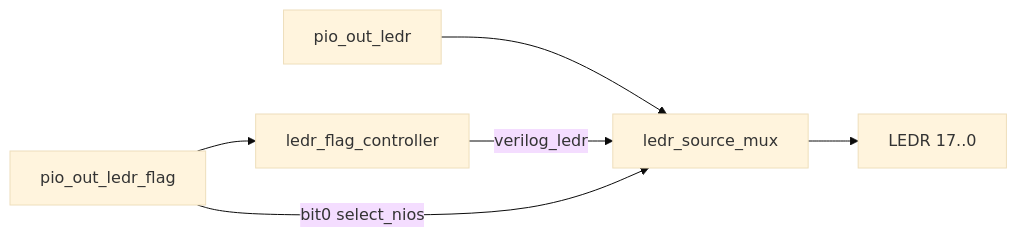
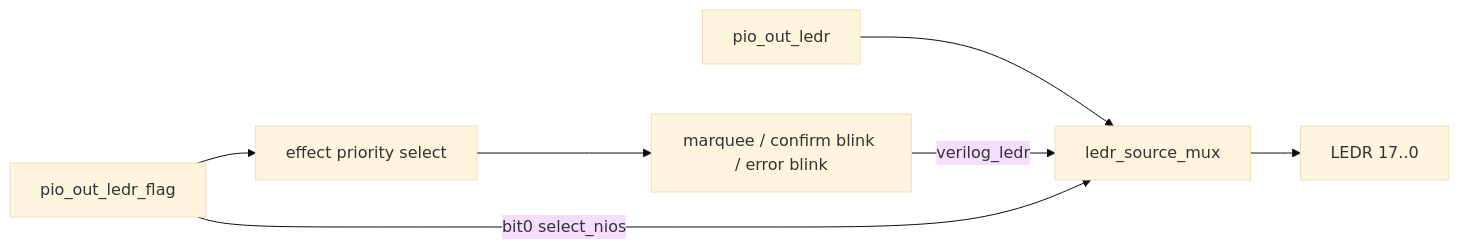
Before and after one commit to Dao-you/altera_nios_typewriter: the sixth of 13 diagrams in docs/hierarchy.md, drawn with Mermaid (base theme). The commit also changed other lines of this file, not shown here.

Commit message:
docs: use appropriate Mermaid diagram types

````diff
--- a/docs/hierarchy.md
+++ b/docs/hierarchy.md
@@ -156,8 +219,9 @@
 ```mermaid
 flowchart LR
-    Flag[pio_out_ledr_flag] --> Ctrl[ledr_flag_controller]
+    Flag[pio_out_ledr_flag] --> Priority[effect priority select]
     NiosLedr[pio_out_ledr] --> Mux[ledr_source_mux]
-    Ctrl -->|verilog_ledr| Mux
+    Priority --> Effects[marquee / confirm blink / error blink]
+    Effects -->|verilog_ledr| Mux
     Flag -->|bit0 select_nios| Mux
     Mux --> LEDR[LEDR 17..0]
 ```
````
